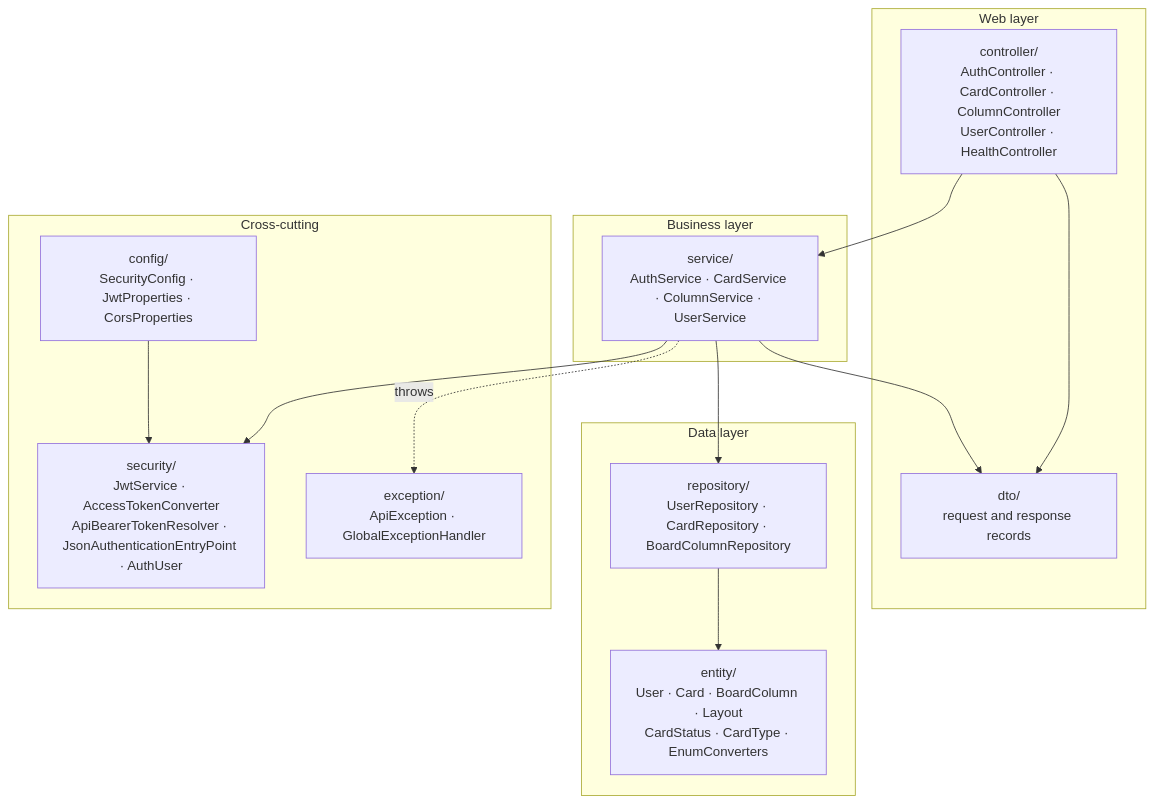
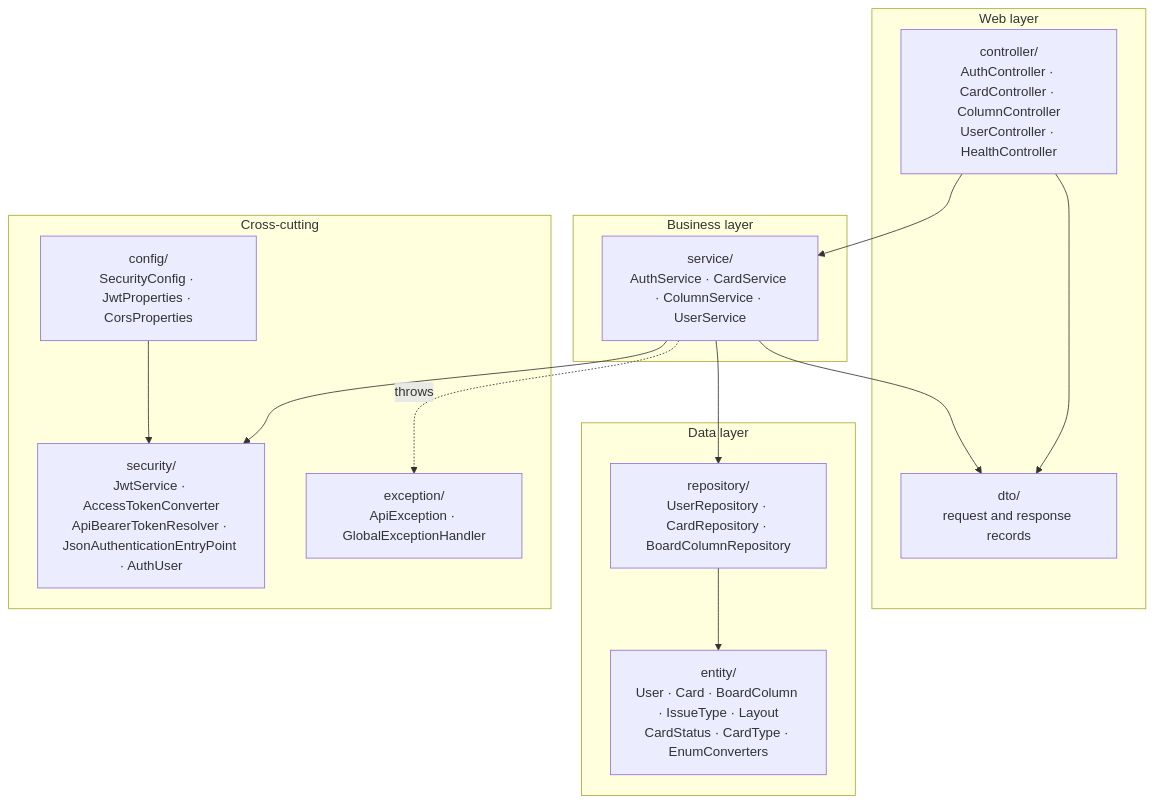
One commit to Cypedium/aurelljiracard changed the second of 10 diagrams in server-java/ARCHITECTURE.md. Above: the diagram before and after it, drawn with Mermaid. The commit also changed other lines of this file and 29 other files, not shown here.

````diff
--- a/server-java/ARCHITECTURE.md
+++ b/server-java/ARCHITECTURE.md
@@ -40,28 +40,28 @@
 ```mermaid
 flowchart TB
     subgraph web["Web layer"]
         controller["controller/<br/>AuthController · CardController · ColumnController<br/>UserController · HealthController"]
         dto["dto/<br/>request and response records"]
     end
     subgraph core["Business layer"]
         service["service/<br/>AuthService · CardService · ColumnService · UserService"]
     end
     subgraph data["Data layer"]
         repository["repository/<br/>UserRepository · CardRepository · BoardColumnRepository"]
-        entity["entity/<br/>User · Card · BoardColumn · Layout<br/>CardStatus · CardType · EnumConverters"]
+        entity["entity/<br/>User · Card · BoardColumn · IssueType · Layout<br/>CardStatus · CardType · EnumConverters"]
     end
     subgraph cross["Cross-cutting"]
         security["security/<br/>JwtService · AccessTokenConverter<br/>ApiBearerTokenResolver · JsonAuthenticationEntryPoint · AuthUser"]
         config["config/<br/>SecurityConfig · JwtProperties · CorsProperties"]
         exception["exception/<br/>ApiException · GlobalExceptionHandler"]
     end
 
     controller --> service
     controller --> dto
     service --> repository
     service --> dto
     service --> security
     repository --> entity
     config --> security
     service -. "throws" .-> exception
 ```
````
